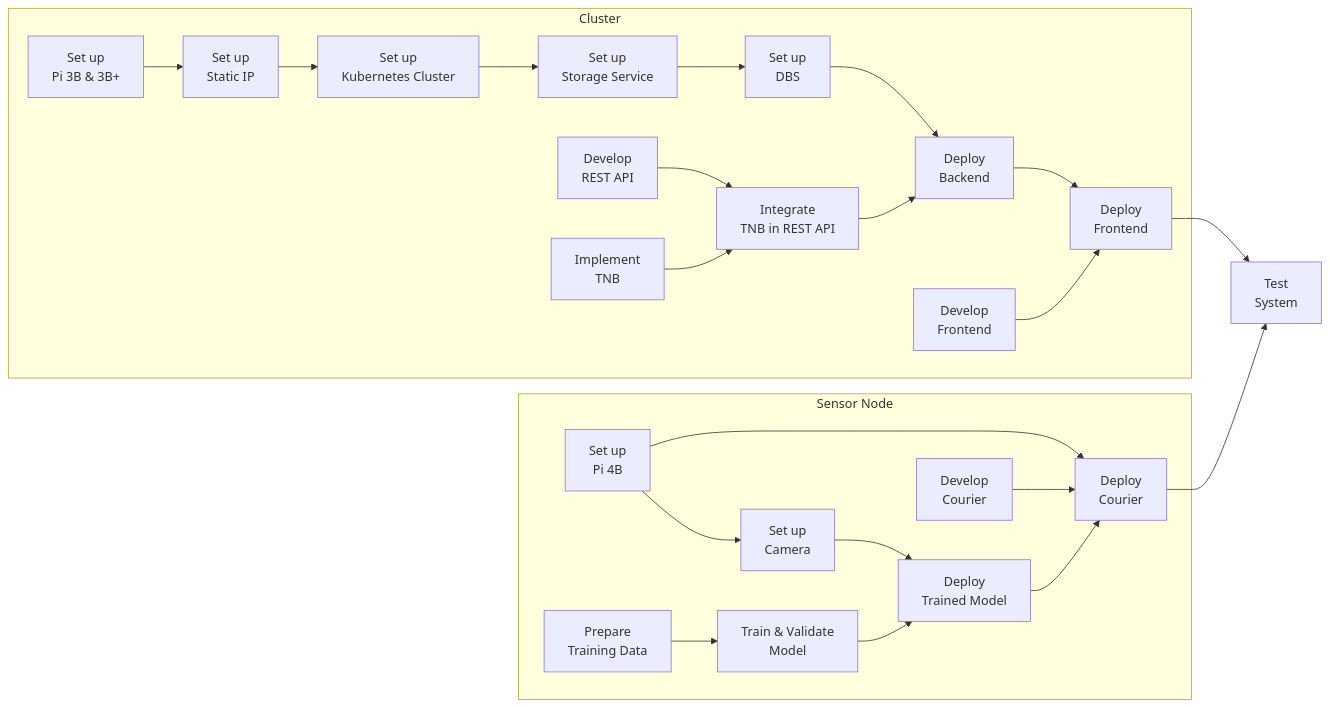
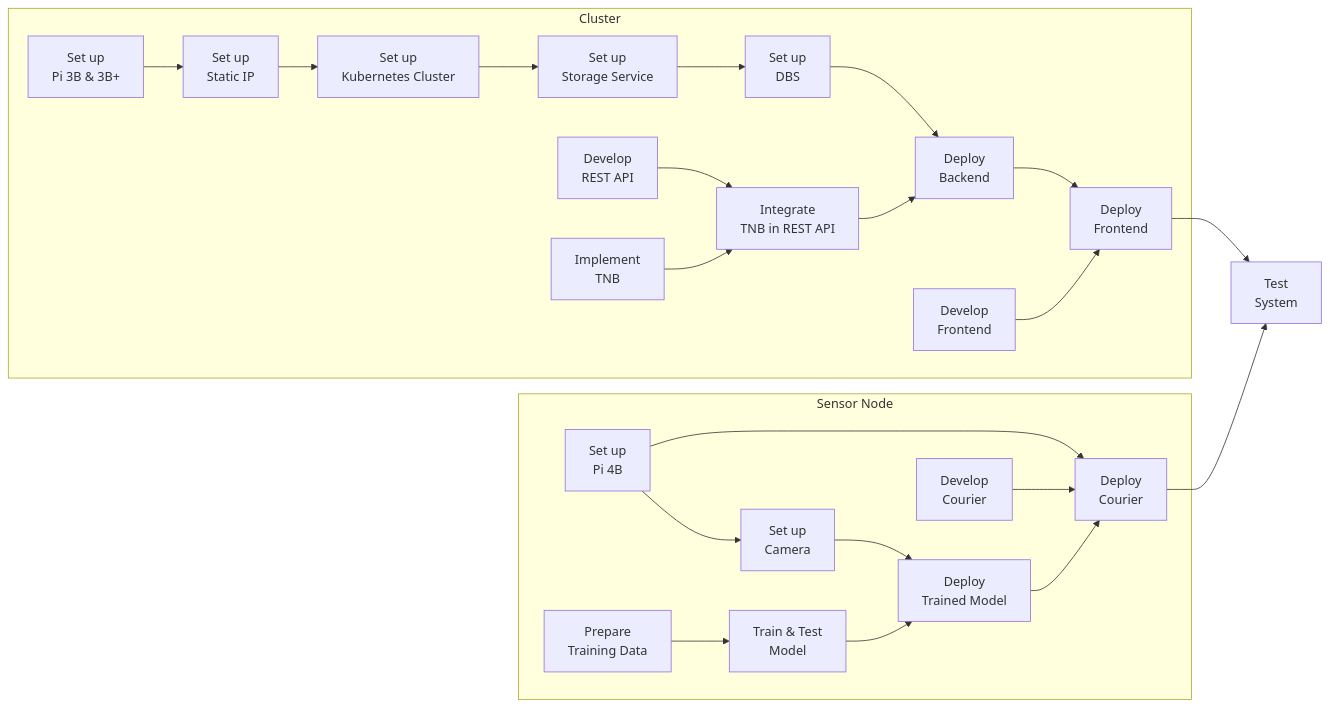
One commit to ccfrauasgr2/pet-detection changed the fourth of 4 diagrams in docs/Group_2_SS23_ProjectReport.md. Above: the diagram before and after it, drawn with Mermaid. The commit also changed other lines of this file, not shown here.

Commit message:
change task desc

````diff
--- a/docs/Group_2_SS23_ProjectReport.md
+++ b/docs/Group_2_SS23_ProjectReport.md
@@ -243,46 +243,46 @@
 ```mermaid
 flowchart LR
     
     subgraph Sensor Node
     id11[Set up\nPi 4B]
     id12[Set up\nCamera]
     id13[Prepare\nTraining Data]
-    id14[Train & Validate\nModel]
+    id14[Train & Test\nModel]
     id15[Deploy\nTrained Model]
     id16[Develop\nCourier]
     id17[Deploy\nCourier]
     
     id11 --> id12 --> id15
     id13 --> id14 --> id15
     id15 & id16 & id11 --> id17
     
     end
         
     subgraph Cluster
     id21[Set up\nPi 3B & 3B+]
     id22[Set up\nStatic IP]
     id23[Set up\nKubernetes Cluster]
     id24[Set up\nStorage Service]
     id25[Develop\nREST API]
     id26[Deploy\nBackend]
     id27[Set up\nDBS]
     
 
     id21 --> id22 --> id23 --> id24 --> id27
     id33 & id25 --> id34
     id27 & id34 --> id26
         
     id31[Develop\nFrontend]
     id32[Deploy\nFrontend]
     id33[Implement\nTNB]
     id34[Integrate\nTNB in REST API]
 
     id26 & id31 --> id32
     end
 
     
     id51[Test\nSystem]
 
     id32 & id17 --> id51
     
 ```
````
